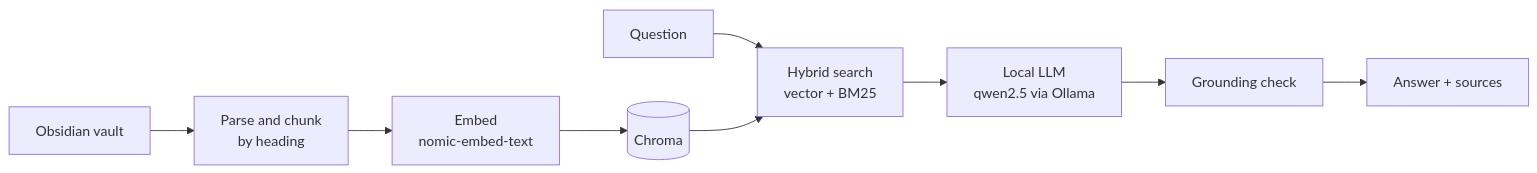
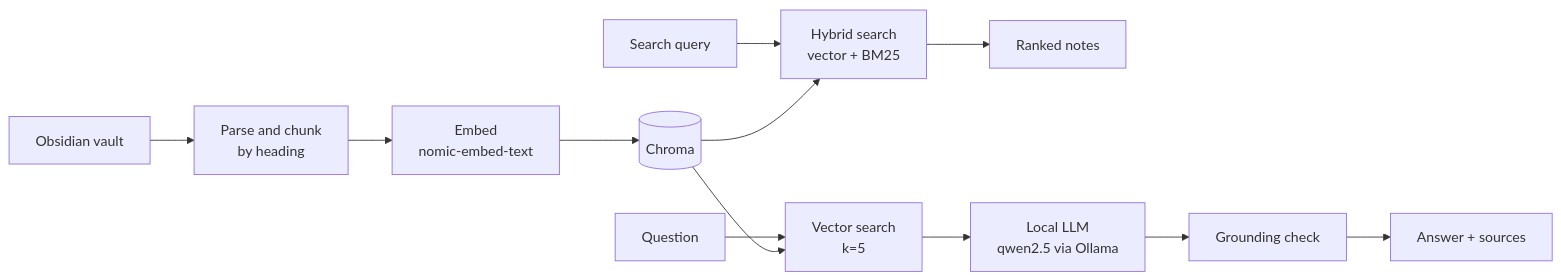
One commit to aaronyalong/Oracle changed the diagram in README.md. Above: the diagram before and after it, drawn with Mermaid. The commit also changed other lines of this file, not shown here.

Commit message:
Show separate Search and Ask retrieval paths in README

````diff
--- a/README.md
+++ b/README.md
@@ -13,11 +13,16 @@
 ```mermaid
 flowchart LR
     V[Obsidian vault] --> C[Parse and chunk<br/>by heading]
     C --> E[Embed<br/>nomic-embed-text]
     E --> DB[(Chroma)]
-    Q[Question] --> R[Hybrid search<br/>vector + BM25]
+
+    S[Search query] --> H[Hybrid search<br/>vector + BM25]
+    DB --> H
+    H --> N[Ranked notes]
+
+    Q[Question] --> R[Vector search<br/>k=5]
     DB --> R
     R --> L[Local LLM<br/>qwen2.5 via Ollama]
     L --> G[Grounding check]
     G --> A[Answer + sources]
 ```
````
